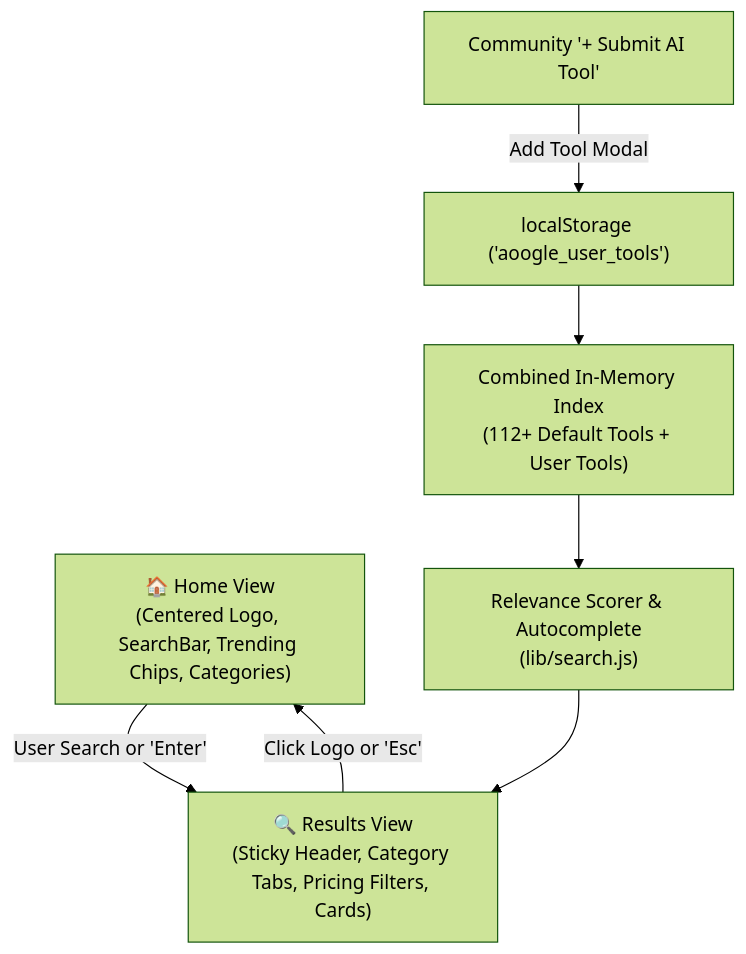
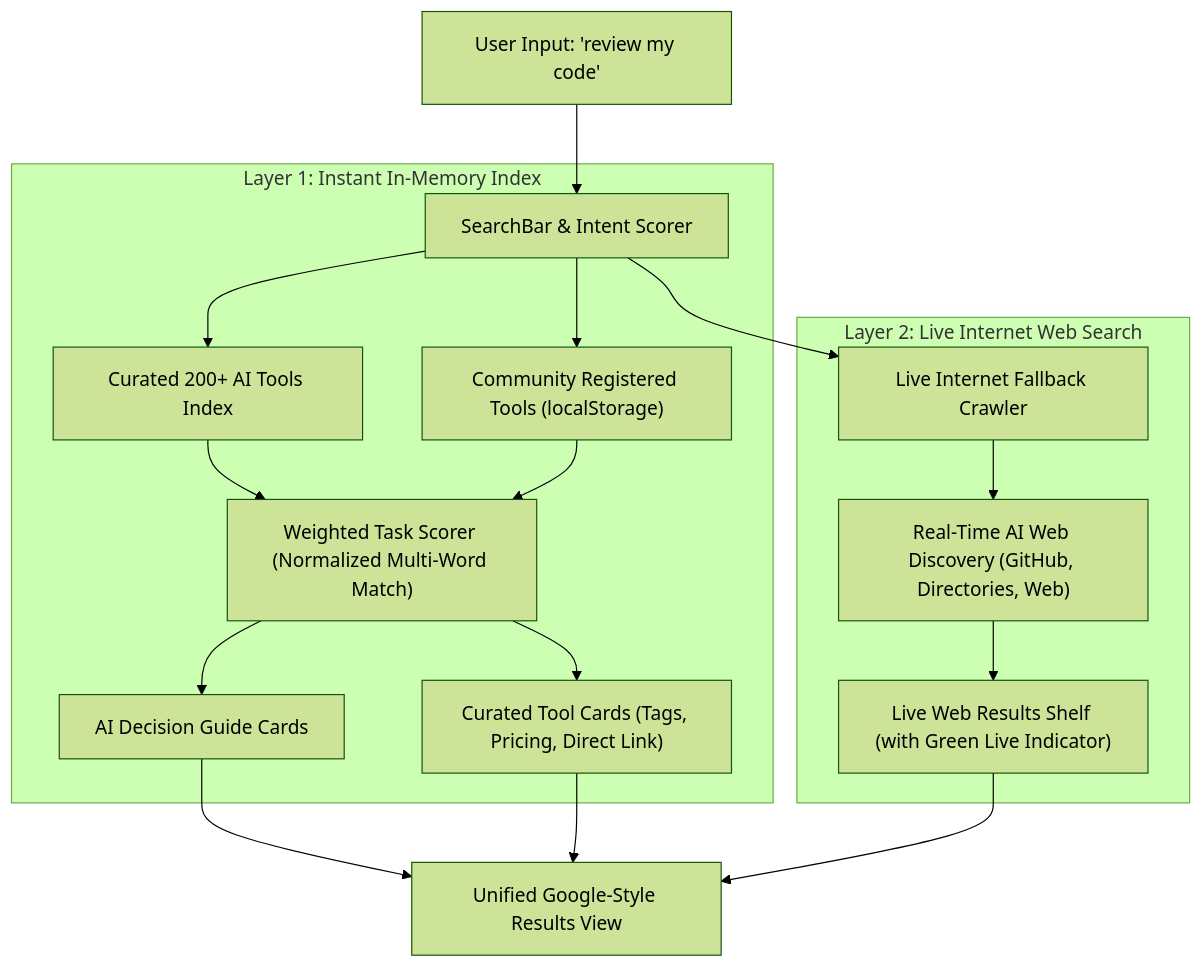
One commit to vistaratech/aoogle changed the diagram in README.md. Above: the diagram before and after it, drawn with Mermaid (forest theme). The commit also changed other lines of this file, not shown here.

Commit message:
docs: update comprehensive README highlighting Aoogle as Google alternative for finding the right AI tools

````diff
--- a/README.md
+++ b/README.md
@@ -108,10 +97,20 @@
 ```mermaid
-graph TD
-    A["🏠 Home View<br/>(Centered Logo, SearchBar, Trending Chips, Categories)"] -->|User Search or 'Enter'| B["🔍 Results View<br/>(Sticky Header, Category Tabs, Pricing Filters, Cards)"]
-    B -->|Click Logo or 'Esc'| A
+flowchart TD
+    A["User Input: 'review my code'"] --> B["SearchBar & Intent Scorer"]
     
-    C["Community '+ Submit AI Tool'"] -->|Add Tool Modal| D["localStorage ('aoogle_user_tools')"]
-    D --> E["Combined In-Memory Index<br/>(112+ Default Tools + User Tools)"]
-    E --> F["Relevance Scorer & Autocomplete<br/>(lib/search.js)"]
-    F --> B
+    subgraph Layer1 ["Layer 1: Instant In-Memory Index"]
+        B --> C["Curated 200+ AI Tools Index"]
+        B --> D["Community Registered Tools (localStorage)"]
+        C & D --> E["Weighted Task Scorer (Normalized Multi-Word Match)"]
+        E --> F["AI Decision Guide Cards"]
+        E --> G["Curated Tool Cards (Tags, Pricing, Direct Link)"]
+    end
+    
+    subgraph Layer2 ["Layer 2: Live Internet Web Search"]
+        B --> H["Live Internet Fallback Crawler"]
+        H --> I["Real-Time AI Web Discovery (GitHub, Directories, Web)"]
+        I --> J["Live Web Results Shelf (with Green Live Indicator)"]
+    end
+    
+    F & G & J --> K["Unified Google-Style Results View"]
 ```
````
